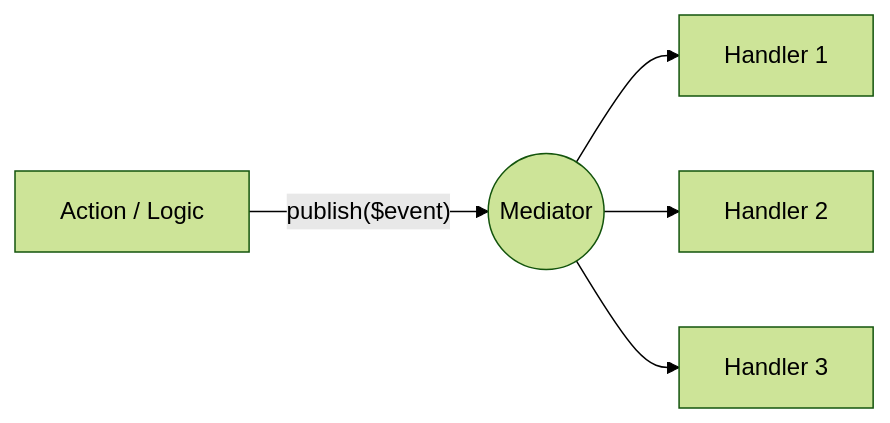
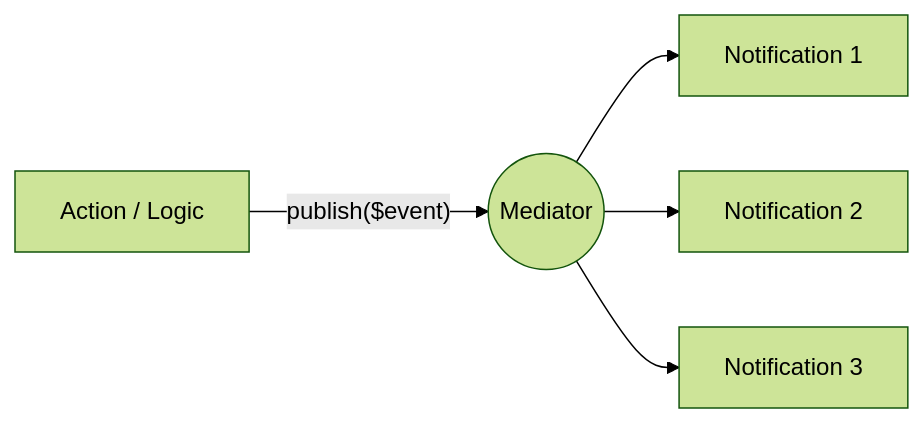
Before and after one commit to IgnacioCastro0713/cqbus-mediator: the second of 2 diagrams in docs/6.0/concepts.md, drawn with Mermaid (forest theme). The commit also changed other lines of this file and 46 other files, not shown here.

````diff
--- a/docs/6.0/concepts.md
+++ b/docs/6.0/concepts.md
@@ -39,7 +40,7 @@
 ```mermaid
 graph LR
     A[Action / Logic] -- "publish($event)" --> B((Mediator))
-    B --> C[Handler 1]
-    B --> D[Handler 2]
-    B --> E[Handler 3]
+    B --> C[Notification 1]
+    B --> D[Notification 2]
+    B --> E[Notification 3]
 ```
````
